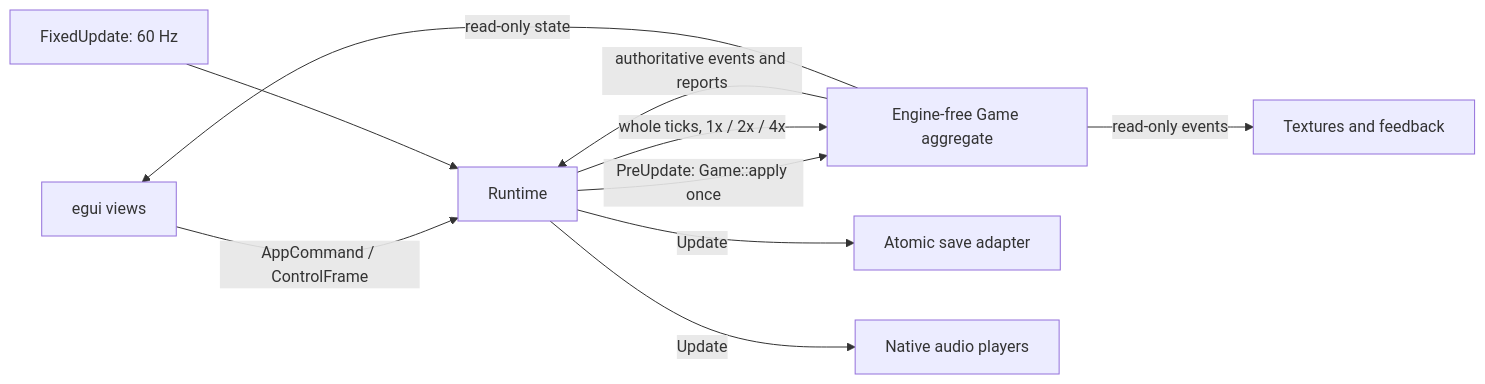
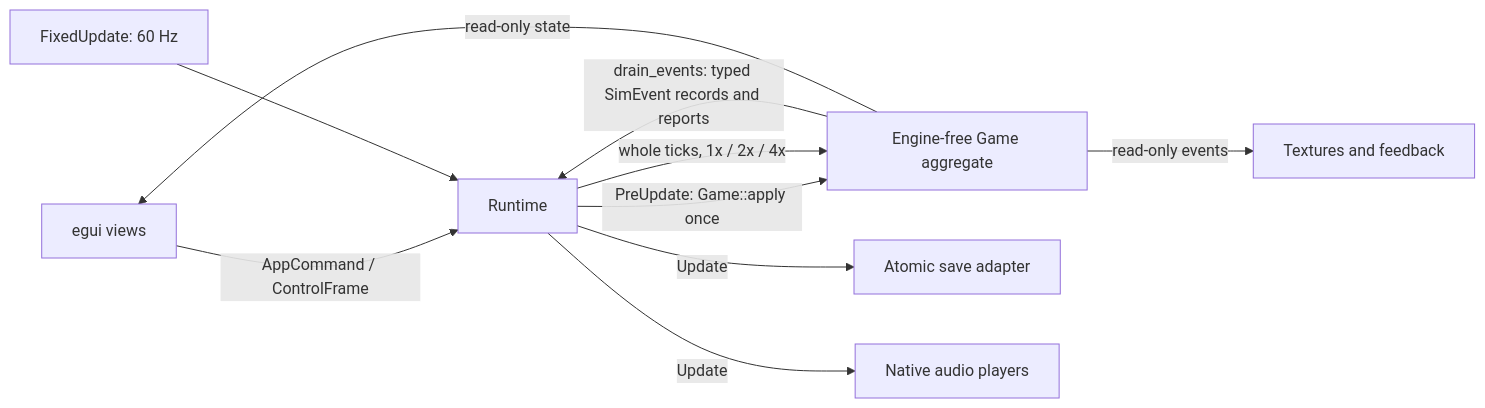
Before and after one commit to Luis85/bevy-experiments: the diagram in horde-defense/docs/ARCHITECTURE.md, drawn with Mermaid. The commit also changed other lines of this file and 12 other files, not shown here.

First line of the commit message:
feat(horde): typed simulation event stream with final-tick delivery and sim tracing

````diff
--- a/horde-defense/docs/ARCHITECTURE.md
+++ b/horde-defense/docs/ARCHITECTURE.md
@@ -23,12 +24,12 @@
 ```mermaid
 flowchart LR
     UI[egui views] -->|AppCommand / ControlFrame| Runtime
     Runtime -->|PreUpdate: Game::apply once| Game[Engine-free Game aggregate]
     Fixed[FixedUpdate: 60 Hz] --> Runtime
     Runtime -->|whole ticks, 1x / 2x / 4x| Game
-    Game -->|authoritative events and reports| Runtime
+    Game -->|drain_events: typed SimEvent records and reports| Runtime
     Runtime -->|Update| Save[Atomic save adapter]
     Runtime -->|Update| Audio[Native audio players]
     Game -->|read-only state| UI
     Game -->|read-only events| Art[Textures and feedback]
 ```
````
